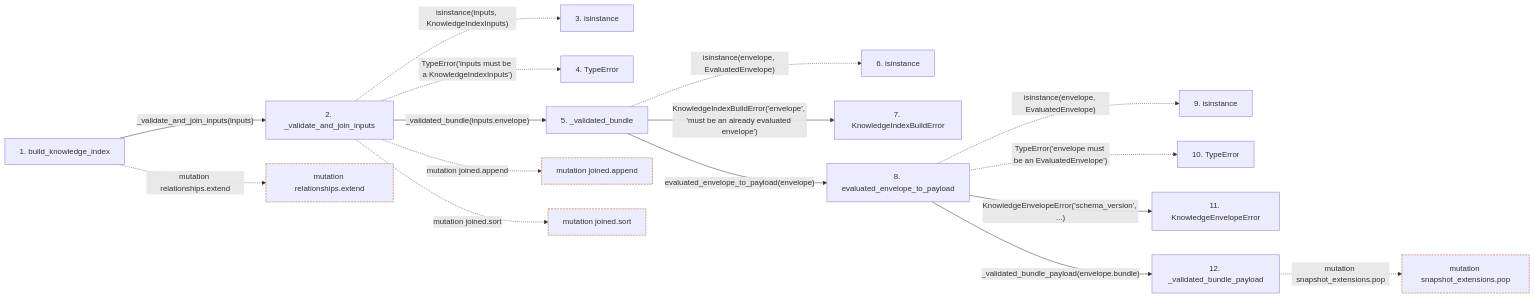
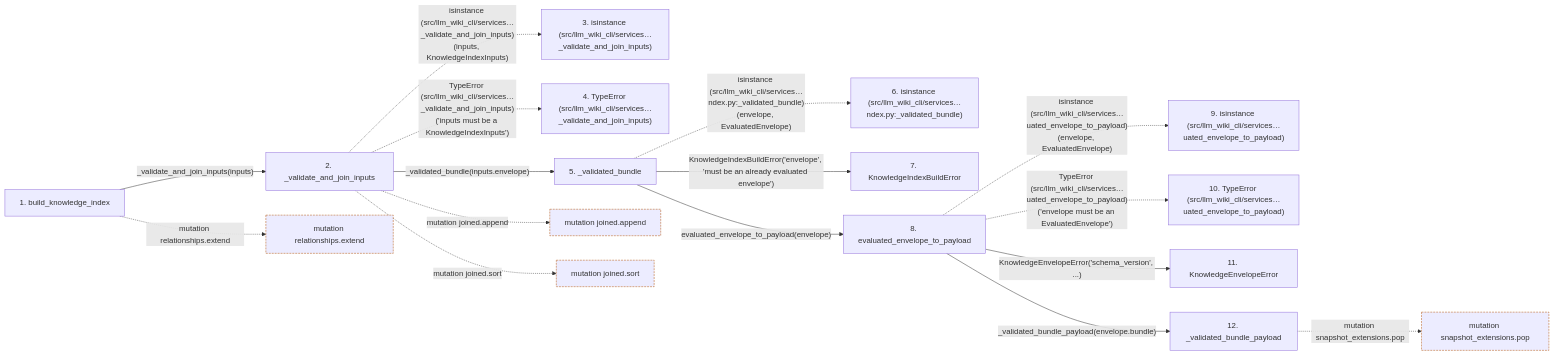
The second of 2 diagrams in docs/llm_wiki/flows/api-build_knowledge_index.md (Denissvgn/python-wiki-llm), drawn with Mermaid before and after one commit. The commit also changed other lines of this file and 719 other files, not shown here.

````diff
--- a/docs/llm_wiki/flows/api-build_knowledge_index.md
+++ b/docs/llm_wiki/flows/api-build_knowledge_index.md
@@ -86,46 +92,46 @@
 ```mermaid
 flowchart LR
     s1["1. build_knowledge_index"]
     s2["2. _validate_and_join_inputs"]
-    s3["3. isinstance"]
-    s4["4. TypeError"]
+    s3["3. isinstance (src/llm_wiki_cli/services…_validate_and_join_inputs)"]
+    s4["4. TypeError (src/llm_wiki_cli/services…_validate_and_join_inputs)"]
     s5["5. _validated_bundle"]
-    s6["6. isinstance"]
+    s6["6. isinstance (src/llm_wiki_cli/services…ndex.py:_validated_bundle)"]
     s7["7. KnowledgeIndexBuildError"]
     s8["8. evaluated_envelope_to_payload"]
-    s9["9. isinstance"]
-    s10["10. TypeError"]
+    s9["9. isinstance (src/llm_wiki_cli/services…uated_envelope_to_payload)"]
+    s10["10. TypeError (src/llm_wiki_cli/services…uated_envelope_to_payload)"]
     s11["11. KnowledgeEnvelopeError"]
     s12["12. _validated_bundle_payload"]
     s1 -->|"_validate_and_join_inputs(inputs)"| s2
-    s2 -. "isinstance(inputs, KnowledgeIndexInputs)" .-> s3
-    s2 -. "TypeError('inputs must be a KnowledgeIndexInputs')" .-> s4
+    s2 -. "isinstance (src/llm_wiki_cli/services…_validate_and_join_inputs)(inputs, KnowledgeIndexInputs)" .-> s3
+    s2 -. "TypeError (src/llm_wiki_cli/services…_validate_and_join_inputs)('inputs must be a KnowledgeIndexInputs')" .-> s4
     s2 -->|"_validated_bundle(inputs.envelope)"| s5
-    s5 -. "isinstance(envelope, EvaluatedEnvelope)" .-> s6
+    s5 -. "isinstance (src/llm_wiki_cli/services…ndex.py:_validated_bundle)(envelope, EvaluatedEnvelope)" .-> s6
     s5 -->|"KnowledgeIndexBuildError('envelope', 'must be an already evaluated envelope')"| s7
     s5 -->|"evaluated_envelope_to_payload(envelope)"| s8
-    s8 -. "isinstance(envelope, EvaluatedEnvelope)" .-> s9
-    s8 -. "TypeError('envelope must be an EvaluatedEnvelope')" .-> s10
+    s8 -. "isinstance (src/llm_wiki_cli/services…uated_envelope_to_payload)(envelope, EvaluatedEnvelope)" .-> s9
+    s8 -. "TypeError (src/llm_wiki_cli/services…uated_envelope_to_payload)('envelope must be an EvaluatedEnvelope')" .-> s10
     s8 -->|"KnowledgeEnvelopeError('schema_version', ...)"| s11
     s8 -->|"_validated_bundle_payload(envelope.bundle)"| s12
     b0["mutation relationships.extend"]
     s1 -. "mutation relationships.extend" .-> b0
     b1["mutation joined.append"]
     s2 -. "mutation joined.append" .-> b1
     b2["mutation joined.sort"]
     s2 -. "mutation joined.sort" .-> b2
     b3["mutation snapshot_extensions.pop"]
     s12 -. "mutation snapshot_extensions.pop" .-> b3
     click s1 "../modules/knowledge_index.md"
     click s2 "../modules/knowledge_index.md"
     click s5 "../modules/knowledge_index.md"
     click s7 "../modules/knowledge_index.md"
     click s8 "../modules/knowledge_envelope.md"
     click s11 "../modules/knowledge_envelope.md"
     click s12 "../modules/knowledge_envelope.md"
     classDef boundary stroke:#b45309,stroke-dasharray: 4 2
     class b0 boundary
     class b1 boundary
     class b2 boundary
     class b3 boundary
 ```
````
